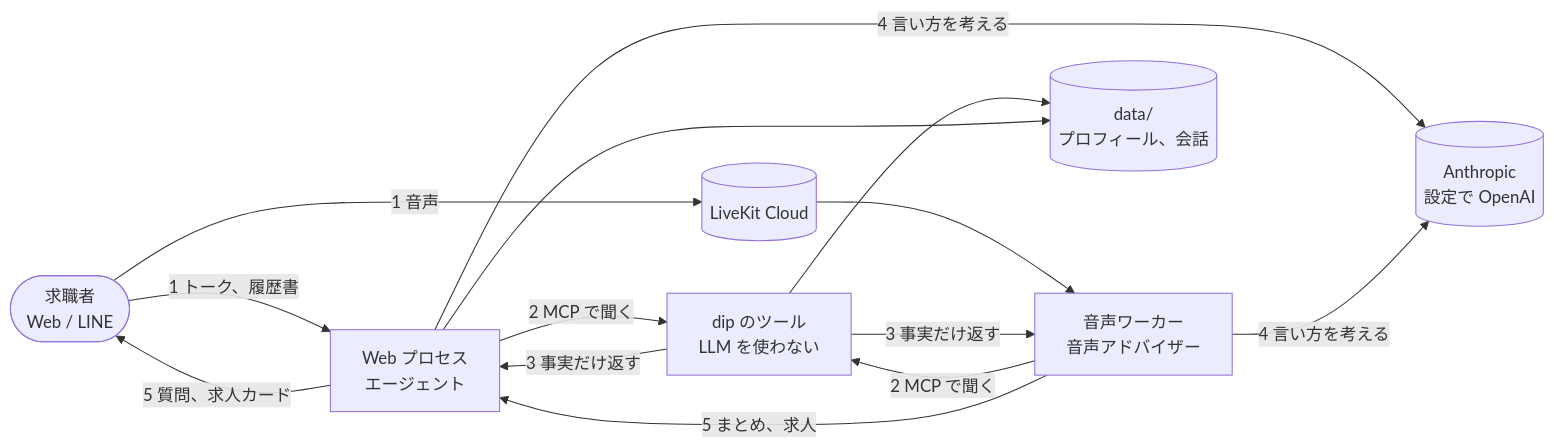
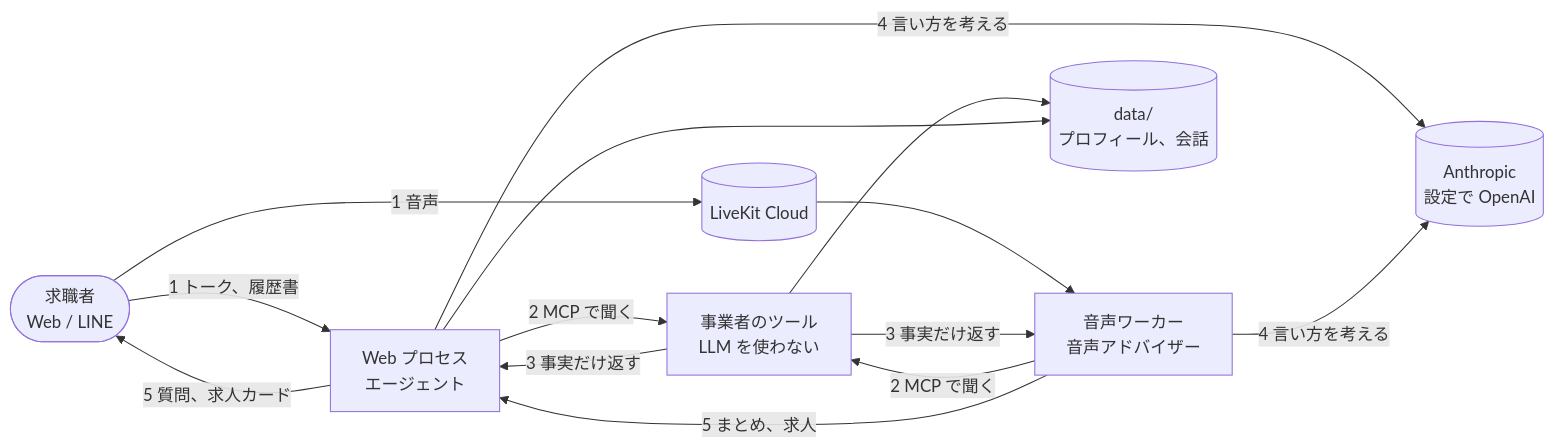
The first of 2 diagrams in README.md (jyoka/aica), drawn with Mermaid before and after one commit. The commit also changed other lines of this file and 51 other files, not shown here.

````diff
--- a/README.md
+++ b/README.md
@@ -20,15 +20,15 @@
 ```mermaid
 flowchart LR
     you(["求職者<br/>Web / LINE"]) -- "1 トーク、履歴書" --> web["Web プロセス<br/>エージェント"]
     you -- "1 音声" --> lk[("LiveKit Cloud")] --> worker["音声ワーカー<br/>音声アドバイザー"]
-    web -- "2 MCP で聞く" --> dip["dip のツール<br/>LLM を使わない"]
-    worker -- "2 MCP で聞く" --> dip
-    dip -- "3 事実だけ返す" --> web
-    dip -- "3 事実だけ返す" --> worker
+    web -- "2 MCP で聞く" --> provider["事業者のツール<br/>LLM を使わない"]
+    worker -- "2 MCP で聞く" --> provider
+    provider -- "3 事実だけ返す" --> web
+    provider -- "3 事実だけ返す" --> worker
     web -- "4 言い方を考える" --> llm[("Anthropic<br/>設定で OpenAI")]
     worker -- "4 言い方を考える" --> llm
     web -- "5 質問、求人カード" --> you
     worker -- "5 まとめ、求人" --> web
-    dip --> data[("data/<br/>プロフィール、会話")]
+    provider --> data[("data/<br/>プロフィール、会話")]
     web --> data
 ```
````
